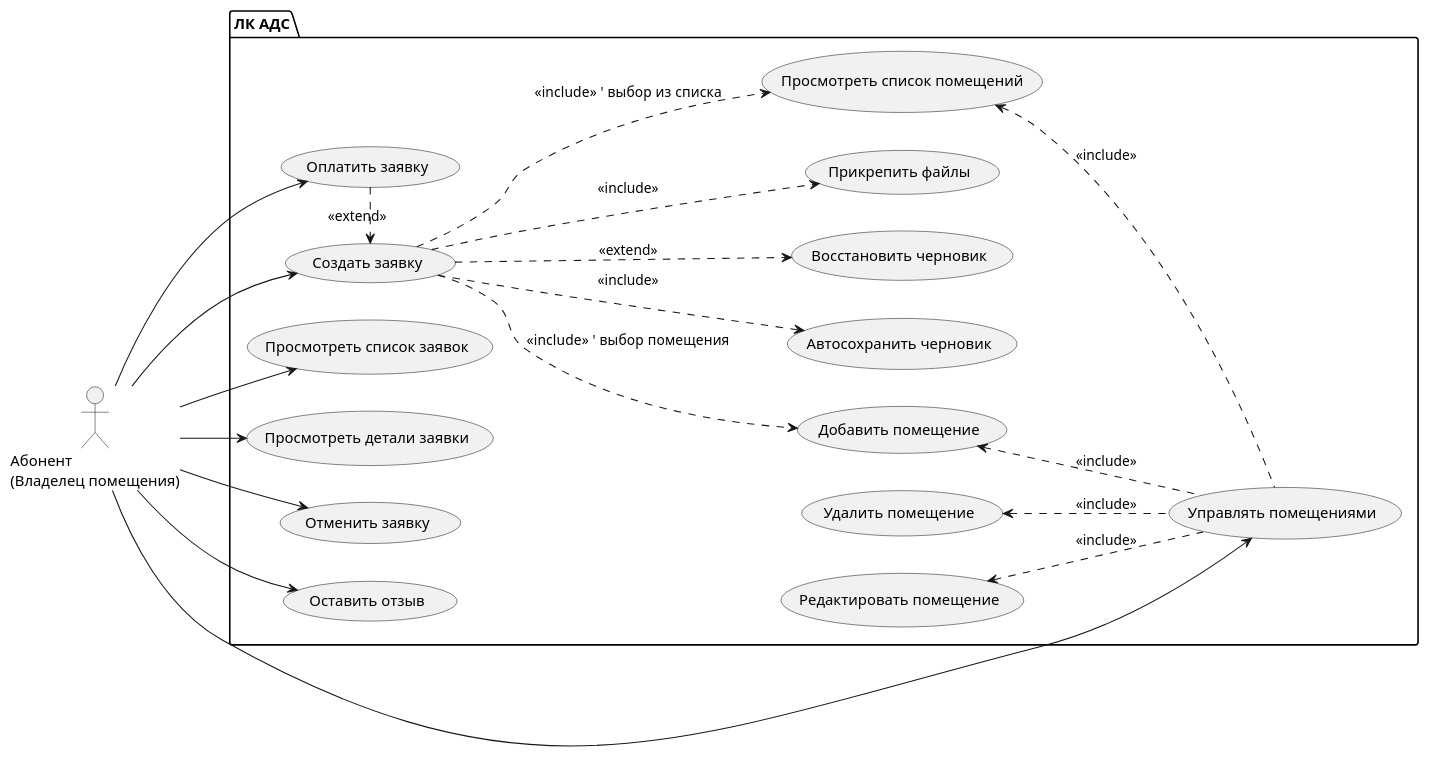
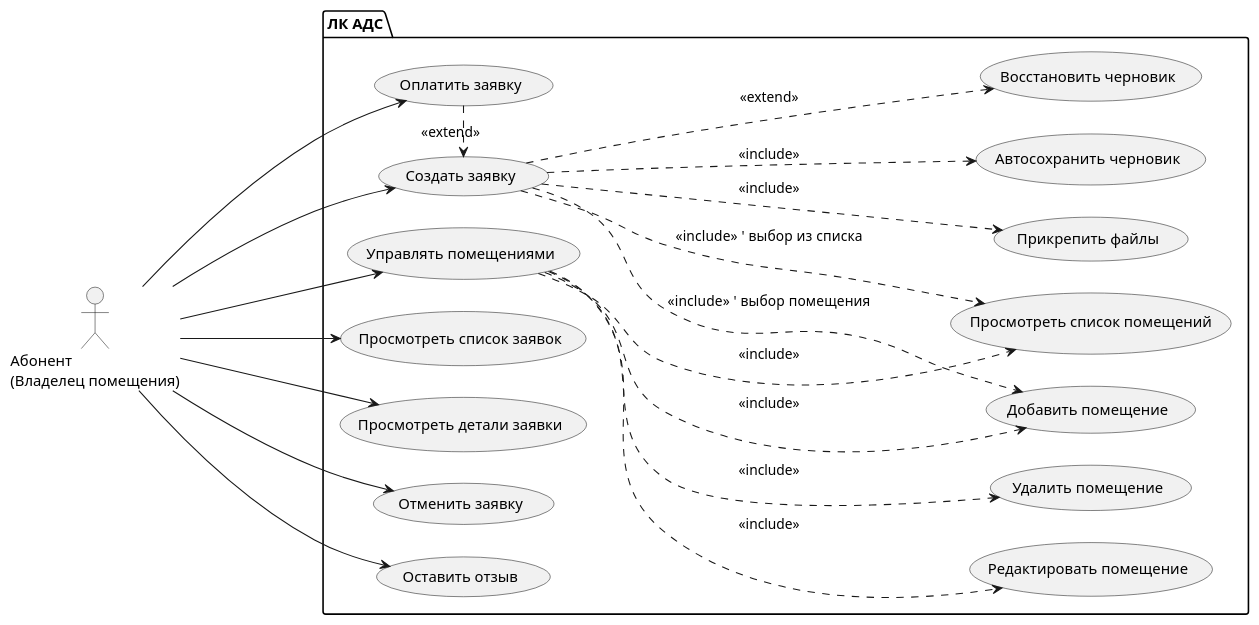
One commit to vnukov-vv/SA_SHIFT_DV changed the second of 4 diagrams in EDS_Project.md. Above: the diagram before and after it, drawn with PlantUML. The commit also changed other lines of this file, not shown here.

````diff
--- a/EDS_Project.md
+++ b/EDS_Project.md
@@ -196,50 +204,56 @@
 ```plantUML
 @startuml UseCase_LKADS
 left to right direction
+
+'skinparam linetype ortho
+'плотность по горизонтали
+skinparam nodesep 30
+'плотность по вертикали
+skinparam ranksep 150
+
 actor "Абонент\n(Владелец помещения)" as User
 
 package "ЛК АДС" {
   usecase "Управлять помещениями"            as UC_ManagePrem
   usecase "Добавить помещение"               as UC_AddPrem
   usecase "Редактировать помещение"          as UC_EditPrem
   usecase "Удалить помещение"                as UC_DelPrem
   usecase "Просмотреть список помещений"     as UC_ViewPrem
 
   usecase "Создать заявку"                   as UC_CreateReq
   usecase "Автосохранить черновик"           as UC_SaveDraft
   usecase "Восстановить черновик"            as UC_RestoreDraft
   usecase "Прикрепить файлы"                 as UC_AttachFiles
 
   usecase "Просмотреть список заявок"        as UC_ViewReq
   usecase "Просмотреть детали заявки"        as UC_ViewReqDetails
   usecase "Отменить заявку"                  as UC_CancelReq
   usecase "Оплатить заявку"                  as UC_PayReq
   usecase "Оставить отзыв"                   as UC_Feedback
 }
 
 ' Управление помещениями как родительский UC
-UC_ManagePrem .u.> UC_AddPrem   : <<include>>
-UC_ManagePrem .u.> UC_EditPrem  : <<include>>
-UC_ManagePrem .u.> UC_DelPrem   : <<include>>
-UC_ManagePrem .u.> UC_ViewPrem  : <<include>>
+UC_ManagePrem .d.> UC_AddPrem   : <<include>>
+UC_ManagePrem .d.> UC_EditPrem  : <<include>>
+UC_ManagePrem .d.> UC_DelPrem   : <<include>>
+UC_ManagePrem .d.> UC_ViewPrem  : <<include>>
 
 ' Создание заявки
 User --> UC_ManagePrem
 User --> UC_CreateReq
 User --> UC_ViewReq
 User --> UC_ViewReqDetails
 User --> UC_CancelReq
 User --> UC_PayReq
 User --> UC_Feedback
 
 UC_CreateReq .d.> UC_AttachFiles     : <<include>>
 UC_CreateReq .d.> UC_SaveDraft       : <<include>>
 UC_CreateReq .d.> UC_RestoreDraft    : <<extend>>
 UC_CreateReq .d.> UC_AddPrem         : <<include>>  ' выбор помещения
 UC_CreateReq .d.> UC_ViewPrem        : <<include>>  ' выбор из списка
 
 ' Оплата заявки только для платных
 UC_PayReq .> UC_CreateReq : <<extend>>
 @enduml
-
 ```
````
